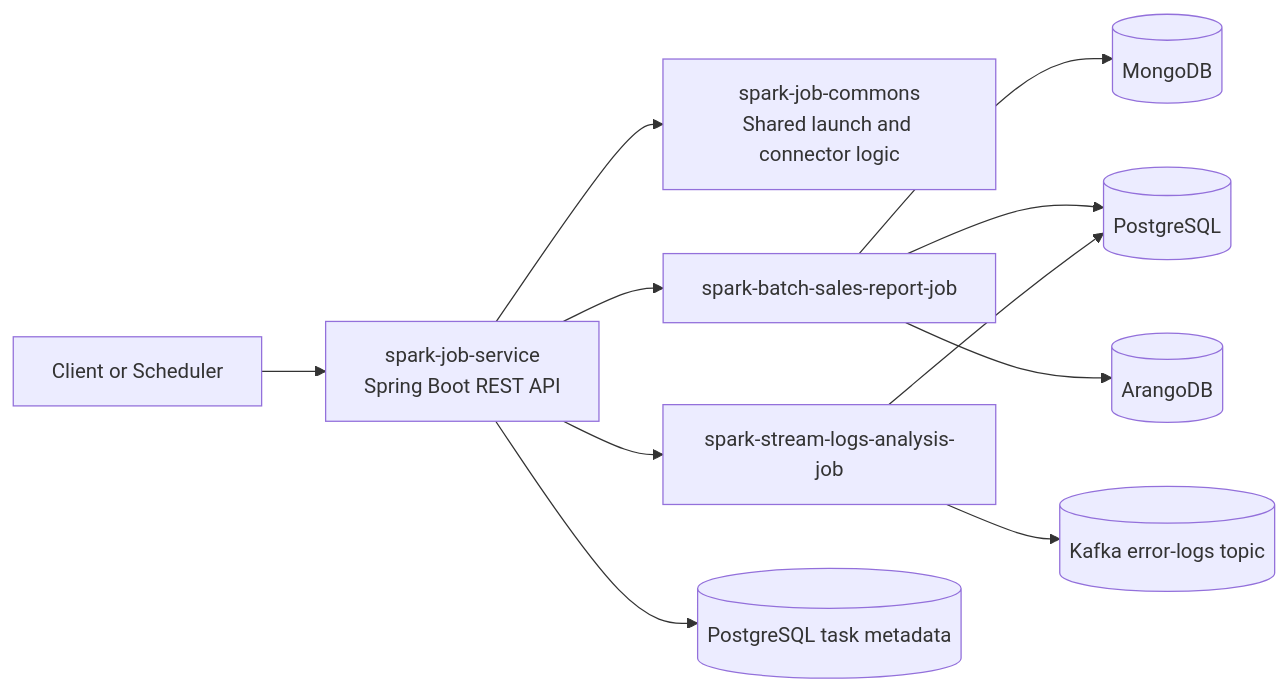
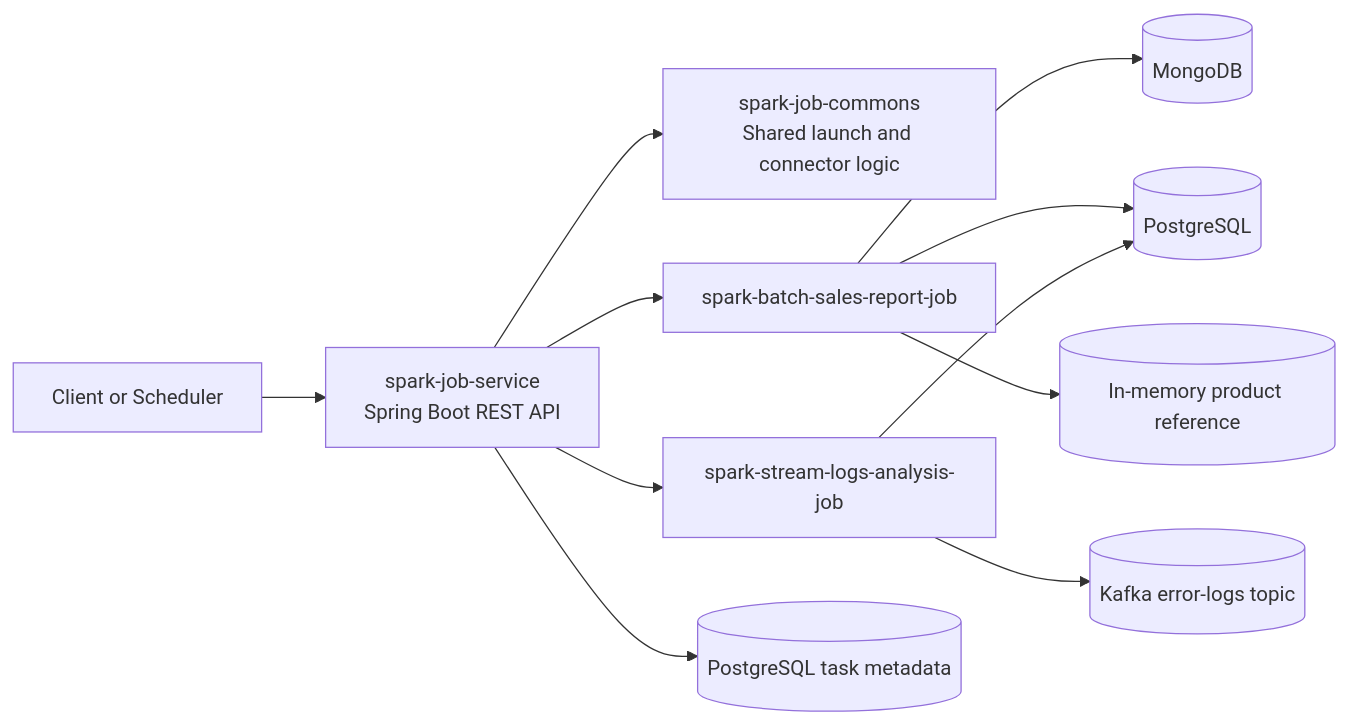
One commit to paulchen8206/Spark-Platform-on-Kubernetes-with-Spring-Boot changed the first of 3 diagrams in README.md. Above: the diagram before and after it, drawn with Mermaid. The commit also changed other lines of this file and 6 other files, not shown here.

````diff
--- a/README.md
+++ b/README.md
@@ -215,16 +221,16 @@
 ```mermaid
 flowchart LR
   A[Client or Scheduler] --> B[spark-job-service\nSpring Boot REST API]
   B --> C[spark-job-commons\nShared launch and connector logic]
   B --> D[spark-batch-sales-report-job]
   B --> E[spark-stream-logs-analysis-job]
 
   D --> F[(MongoDB)]
   D --> G[(PostgreSQL)]
-  D --> H[(ArangoDB)]
+  D --> P[(In-memory product reference)]
 
   E --> I[(Kafka error-logs topic)]
   E --> G
 
   B --> J[(PostgreSQL task metadata)]
 ```
````
